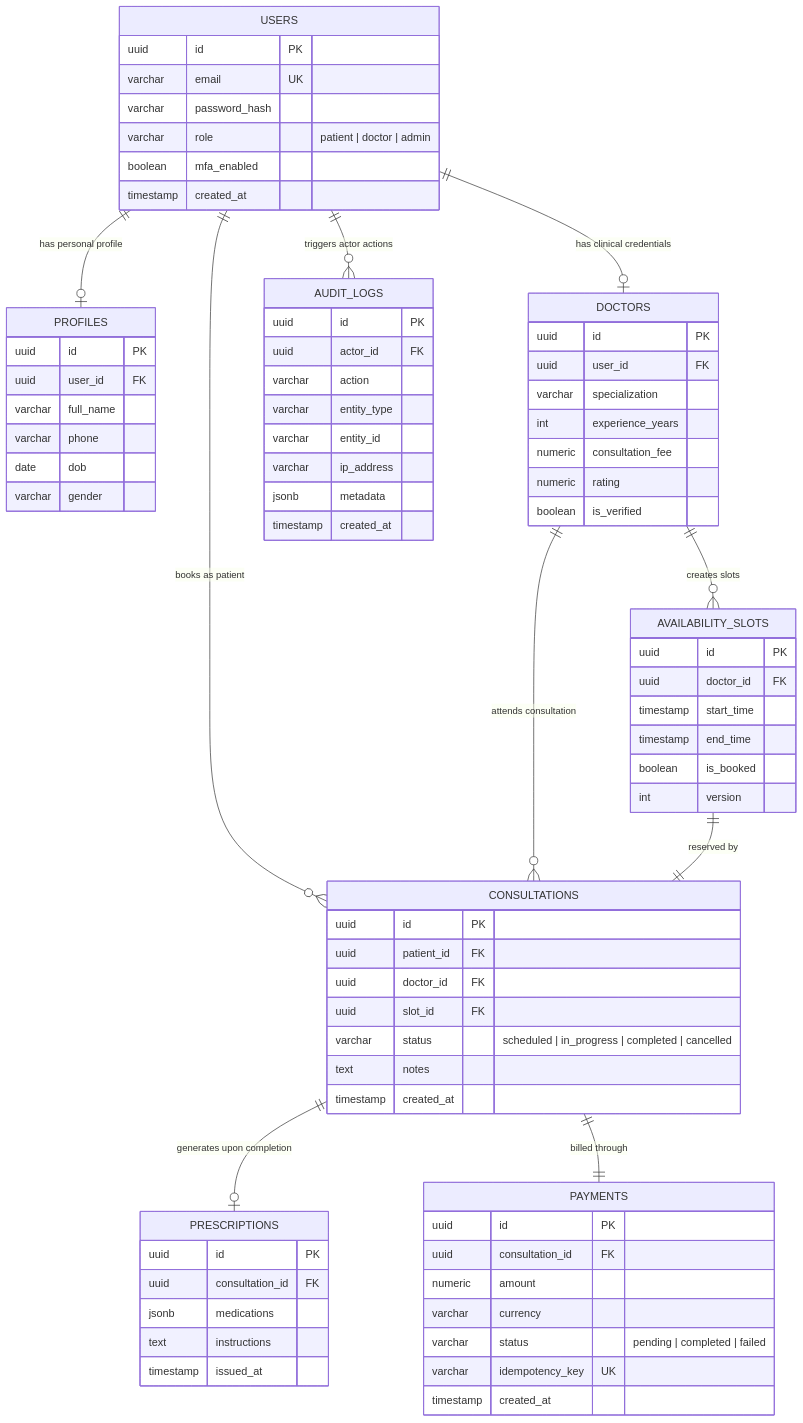
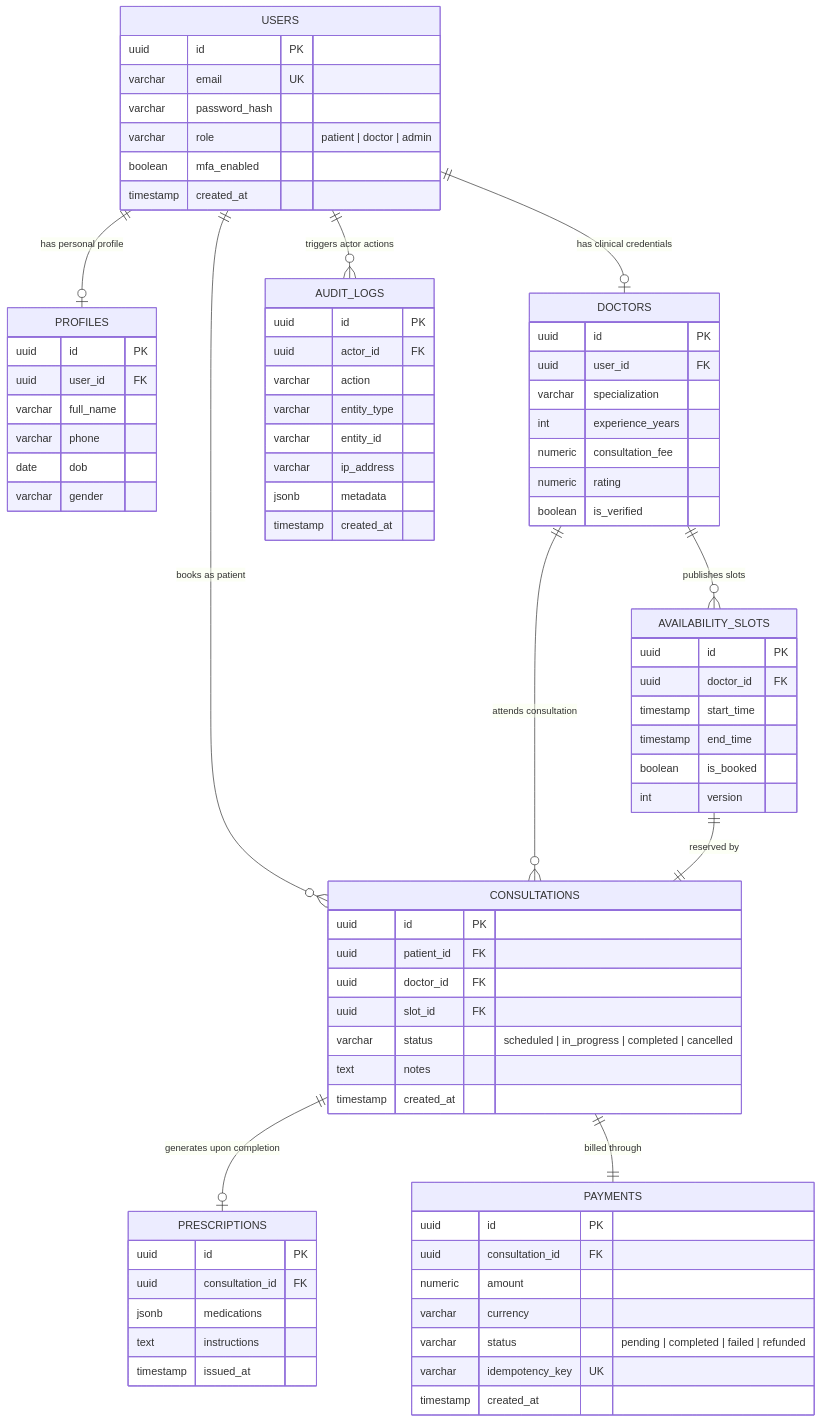
One commit to Harsh64041/amrutam-telemedicine-backend changed the third of 3 diagrams in docs/ARCHITECTURE.md. Above: the diagram before and after it, drawn with Mermaid. The commit also changed other lines of this file and 1 other file, not shown here.

Commit message:
docs: complete production README, ARCHITECTURE, and SECURITY documentation

```diff
--- a/docs/ARCHITECTURE.md
+++ b/docs/ARCHITECTURE.md
@@ -59,7 +70,7 @@
     USERS ||--o| PROFILES : "has personal profile"
     USERS ||--o| DOCTORS : "has clinical credentials"
     USERS ||--o{ CONSULTATIONS : "books as patient"
-    DOCTORS ||--o{ AVAILABILITY_SLOTS : "creates slots"
+    DOCTORS ||--o{ AVAILABILITY_SLOTS : "publishes slots"
     DOCTORS ||--o{ CONSULTATIONS : "attends consultation"
     AVAILABILITY_SLOTS ||--|| CONSULTATIONS : "reserved by"
     CONSULTATIONS ||--o| PRESCRIPTIONS : "generates upon completion"
@@ -126,7 +137,7 @@
         uuid consultation_id FK
         numeric amount
         varchar currency
-        varchar status "pending | completed | failed"
+        varchar status "pending | completed | failed | refunded"
         varchar idempotency_key UK
         timestamp created_at
     }
```
